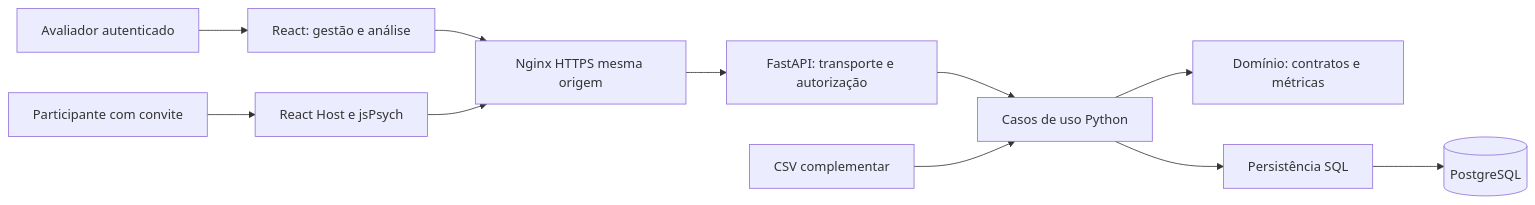
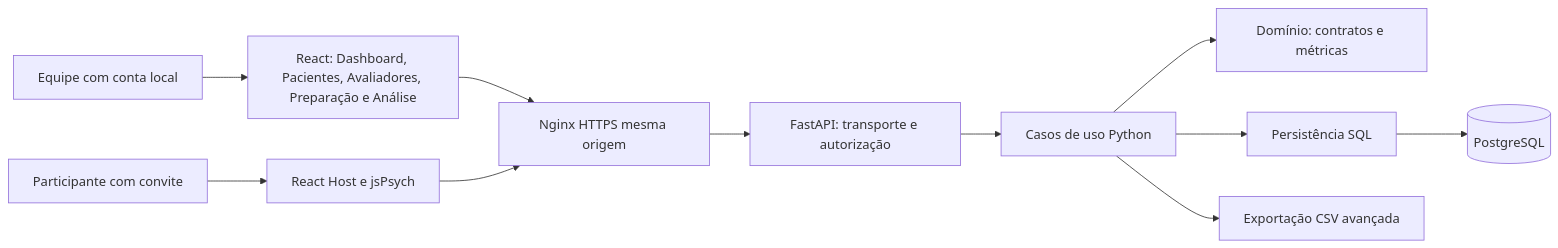
Before and after one commit to thiagorraposo/stroop-go-nogo-psychopy: the diagram in docs/ARQUITETURA_WEB.md, drawn with Mermaid. The commit also changed other lines of this file and 9 other files, not shown here.

Commit message:
docs: replaneja cadastros centrais, preparação, exportação e UX em CHG-005

````diff
--- a/docs/ARQUITETURA_WEB.md
+++ b/docs/ARQUITETURA_WEB.md
@@ -19,13 +19,13 @@
 ```mermaid
 flowchart LR
-  A[Avaliador autenticado] --> R[React: gestão e análise]
+  A[Equipe com conta local] --> R[React: Dashboard, Pacientes, Avaliadores, Preparação e Análise]
   R --> N[Nginx HTTPS mesma origem]
   P[Participante com convite] --> E[React Host e jsPsych]
   E --> N
   N --> H[FastAPI: transporte e autorização]
   H --> U[Casos de uso Python]
   U --> D[Domínio: contratos e métricas]
   U --> S[Persistência SQL]
   S --> B[(PostgreSQL)]
-  C[CSV complementar] --> U
+  U --> C[Exportação CSV avançada]
 ```
````
